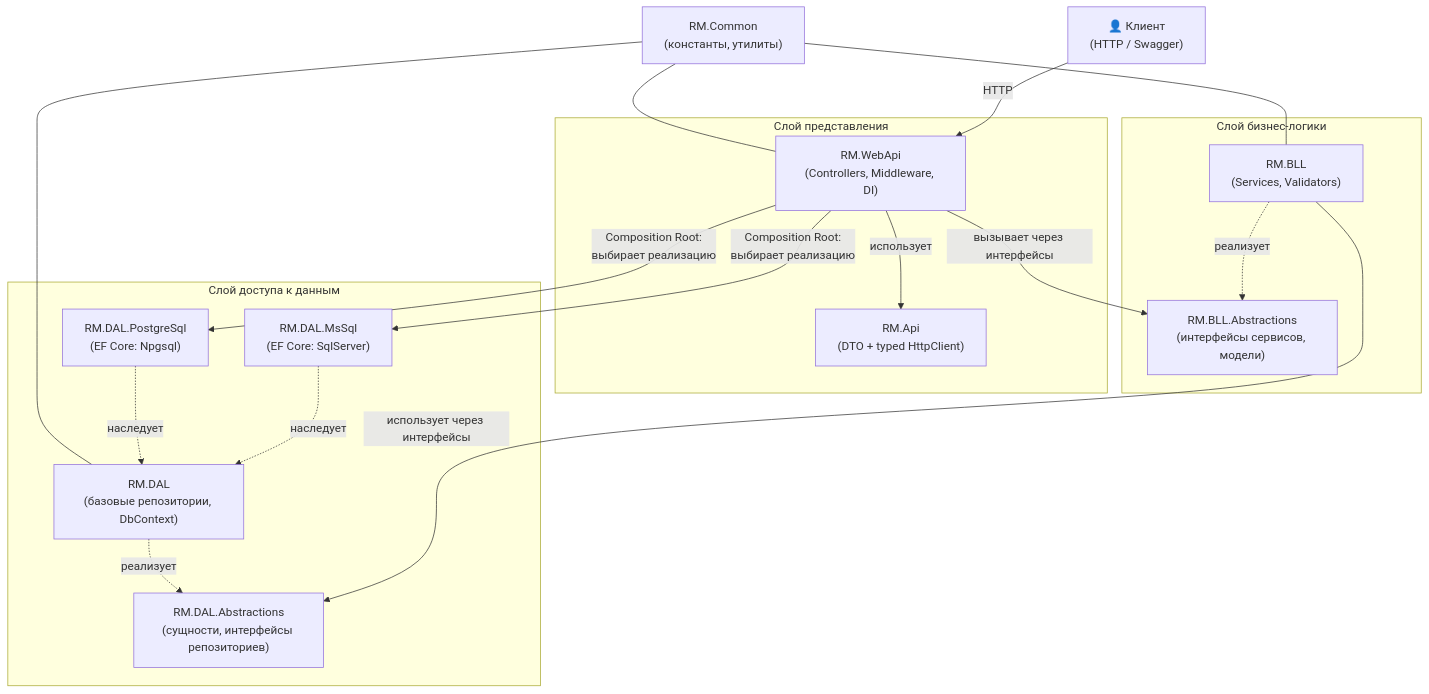
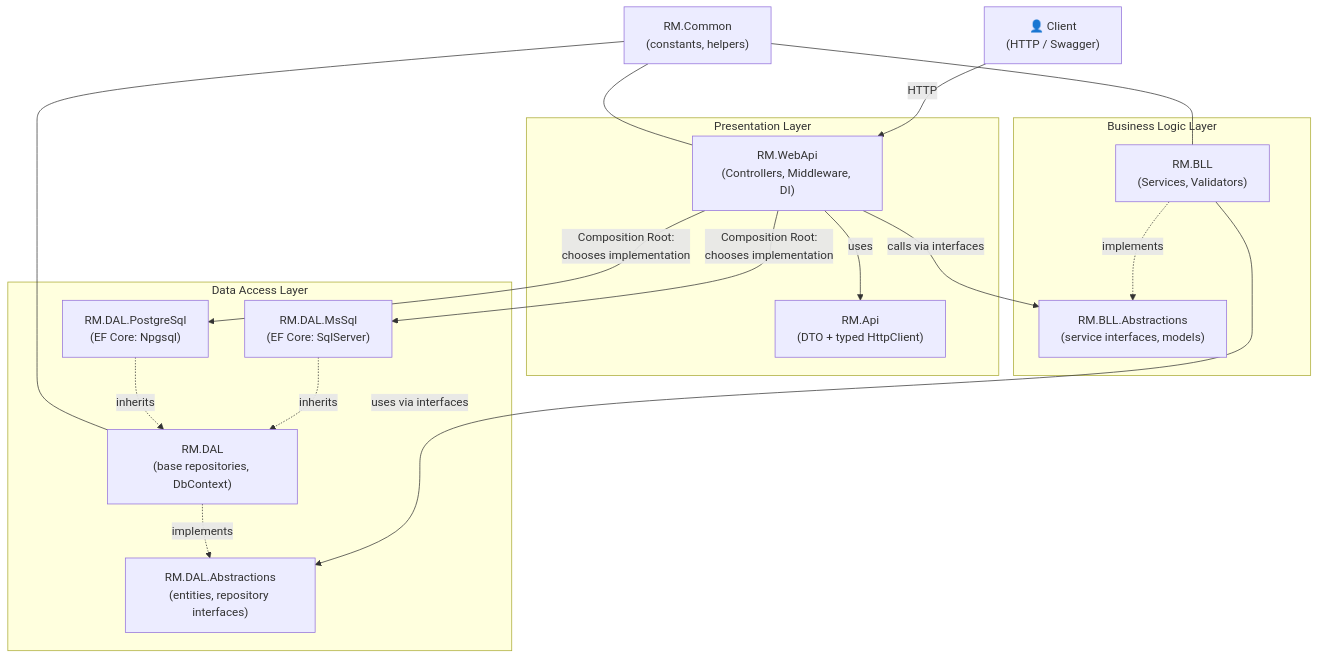
Before and after one commit to AntonSukhov/RmWebApi: the first of 6 diagrams in README.md, drawn with Mermaid. The commit also changed other lines of this file, not shown here.

````diff
--- a/README.md
+++ b/README.md
@@ -27,37 +25,37 @@
 ```mermaid
 flowchart TB
-    Client["👤 Клиент<br/>(HTTP / Swagger)"]
+    Client["👤 Client<br/>(HTTP / Swagger)"]
 
-    subgraph Presentation ["Слой представления"]
+    subgraph Presentation ["Presentation Layer"]
         WebApi["RM.WebApi<br/>(Controllers, Middleware, DI)"]
         Api["RM.Api<br/>(DTO + typed HttpClient)"]
     end
 
-    subgraph Business ["Слой бизнес-логики"]
+    subgraph Business ["Business Logic Layer"]
         BLL["RM.BLL<br/>(Services, Validators)"]
-        BLLAbstractions["RM.BLL.Abstractions<br/>(интерфейсы сервисов, модели)"]
+        BLLAbstractions["RM.BLL.Abstractions<br/>(service interfaces, models)"]
     end
 
-    subgraph Data ["Слой доступа к данным"]
-        DAL["RM.DAL<br/>(базовые репозитории, DbContext)"]
+    subgraph Data ["Data Access Layer"]
+        DAL["RM.DAL<br/>(base repositories, DbContext)"]
         DALMsSql["RM.DAL.MsSql<br/>(EF Core: SqlServer)"]
         DALPostgreSql["RM.DAL.PostgreSql<br/>(EF Core: Npgsql)"]
-        DALAbstractions["RM.DAL.Abstractions<br/>(сущности, интерфейсы репозиториев)"]
+        DALAbstractions["RM.DAL.Abstractions<br/>(entities, repository interfaces)"]
     end
 
-    Common["RM.Common<br/>(константы, утилиты)"]
+    Common["RM.Common<br/>(constants, helpers)"]
 
     Client -->|HTTP| WebApi
-    WebApi -->|использует| Api
-    WebApi -->|вызывает через интерфейсы| BLLAbstractions
-    BLL -.->|реализует| BLLAbstractions
-    BLL -->|использует через интерфейсы| DALAbstractions
-    DAL -.->|реализует| DALAbstractions
-    DALMsSql -.->|наследует| DAL
-    DALPostgreSql -.->|наследует| DAL
-    WebApi -->|"Composition Root:<br/>выбирает реализацию"| DALMsSql
-    WebApi -->|"Composition Root:<br/>выбирает реализацию"| DALPostgreSql
+    WebApi -->|uses| Api
+    WebApi -->|calls via interfaces| BLLAbstractions
+    BLL -.->|implements| BLLAbstractions
+    BLL -->|uses via interfaces| DALAbstractions
+    DAL -.->|implements| DALAbstractions
+    DALMsSql -.->|inherits| DAL
+    DALPostgreSql -.->|inherits| DAL
+    WebApi -->|"Composition Root:<br/>chooses implementation"| DALMsSql
+    WebApi -->|"Composition Root:<br/>chooses implementation"| DALPostgreSql
     Common --- WebApi
     Common --- BLL
     Common --- DAL
 ```
````
